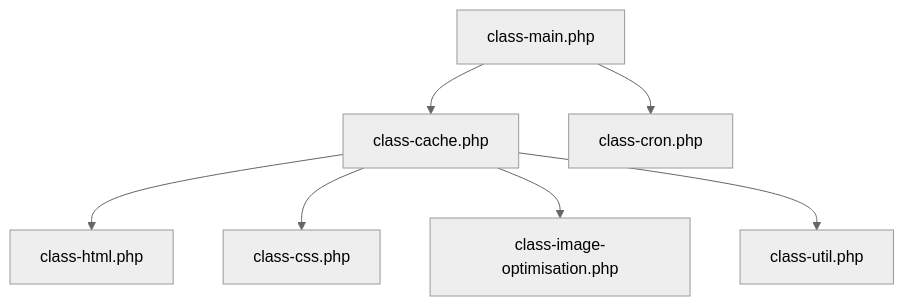
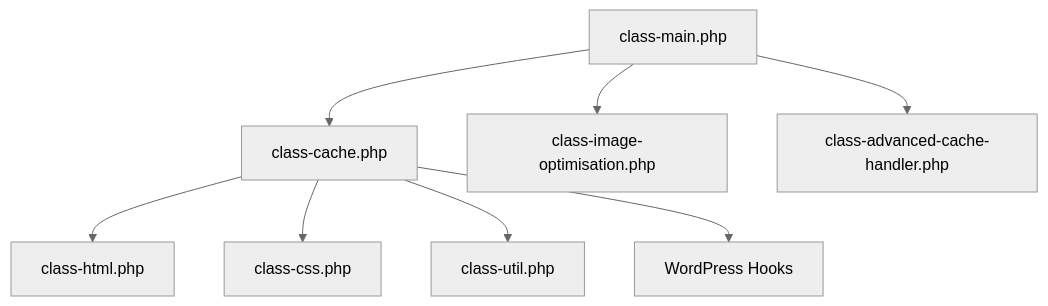
One commit to nilesh32236/performance-optimisation changed the fifth of 5 diagrams in .qoder/repowiki/en/content/Caching System/Dynamic Static HTML Caching.md. Above: the diagram before and after it, drawn with Mermaid (neutral theme). The commit also changed other lines of this file and 46 other files, not shown here.

````diff
--- a/.qoder/repowiki/en/content/Caching System/Dynamic Static HTML Caching.md
+++ b/.qoder/repowiki/en/content/Caching System/Dynamic Static HTML Caching.md
@@ -370,9 +235,10 @@
 ```mermaid
 graph TB
 Main["class-main.php"] --> Cache["class-cache.php"]
+Main --> ImageOpt["class-image-optimisation.php"]
 Cache --> HTMLMin["class-html.php"]
 Cache --> CSSMin["class-css.php"]
-Cache --> ImgOpt["class-image-optimisation.php"]
 Cache --> Util["class-util.php"]
-Main --> Cron["class-cron.php"]
+Main --> AdvCache["class-advanced-cache-handler.php"]
+Cache --> WP["WordPress Hooks"]
 ```
````
